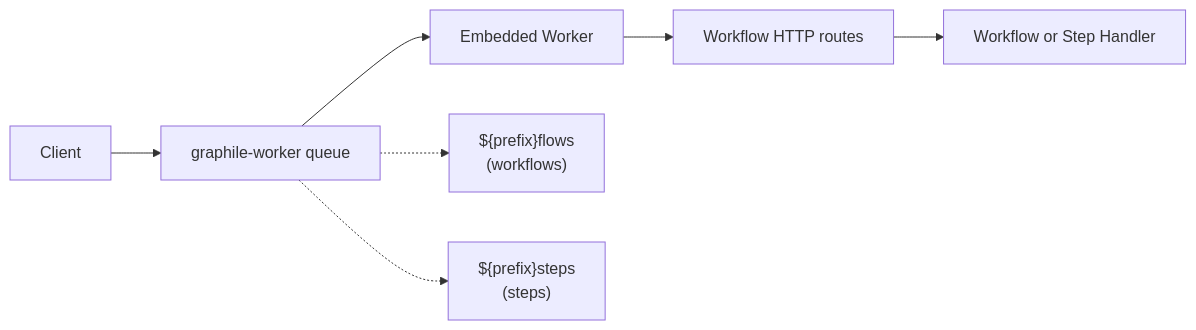
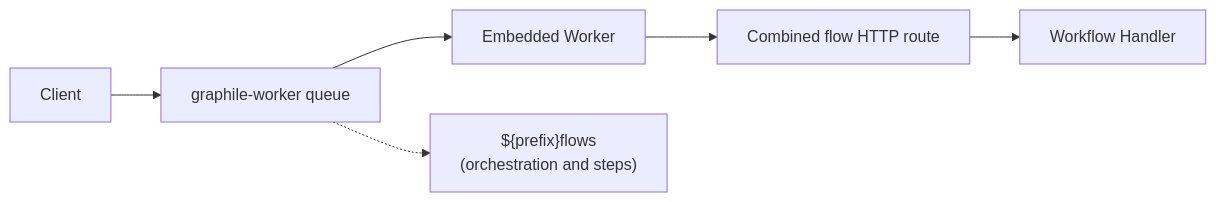
One commit to vercel/workflow changed the diagram in packages/world-postgres/HOW_IT_WORKS.md. Above: the diagram before and after it, drawn with Mermaid. The commit also changed other lines of this file and 85 other files, not shown here.

Commit message:
Remove retired v1 step route plumbing

````diff
--- a/packages/world-postgres/HOW_IT_WORKS.md
+++ b/packages/world-postgres/HOW_IT_WORKS.md
@@ -11,10 +11,9 @@
 ```mermaid
 graph LR
     Client --> PG[graphile-worker queue]
     PG --> Worker[Embedded Worker]
-    Worker --> HTTP[Workflow HTTP routes]
-    HTTP --> Handler[Workflow or Step Handler]
+    Worker --> HTTP[Combined flow HTTP route]
+    HTTP --> Handler[Workflow Handler]
 
-    PG -.-> F["${prefix}flows<br/>(workflows)"]
-    PG -.-> S["${prefix}steps<br/>(steps)"]
+    PG -.-> F["${prefix}flows<br/>(orchestration and steps)"]
 ```
````
